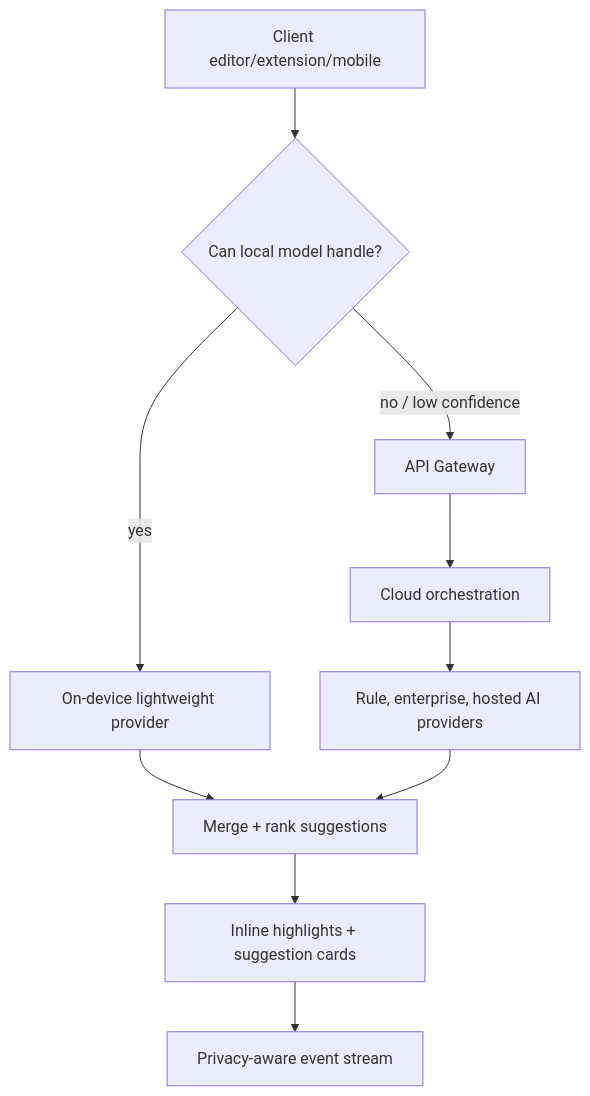
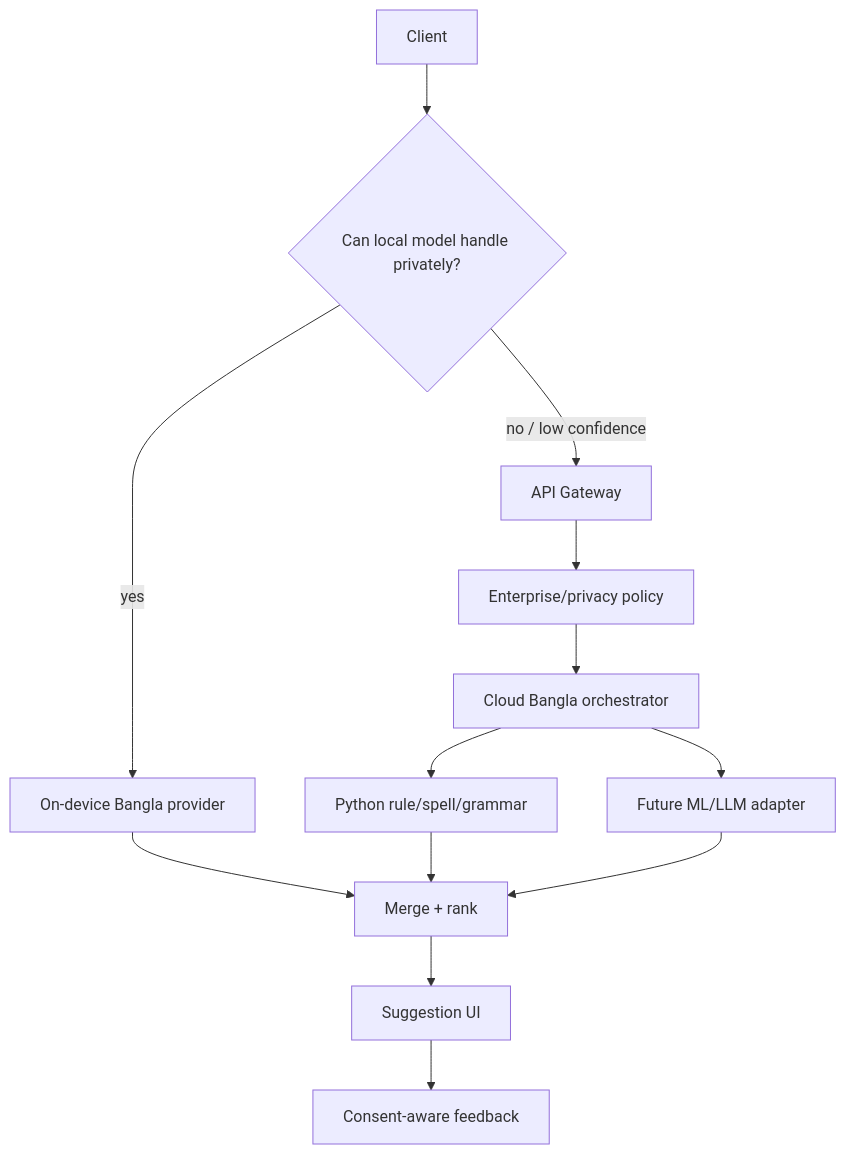
Before and after one commit to rumman52/Shuddho: the fifth of 5 diagrams in docs/ARCHITECTURE.md, drawn with Mermaid. The commit also changed other lines of this file and 42 other files, not shown here.

Commit message:
Integrate Bangla gateway architecture

````diff
--- a/docs/ARCHITECTURE.md
+++ b/docs/ARCHITECTURE.md
@@ -138,12 +95,15 @@
 ```mermaid
 flowchart TD
-  Client[Client editor/extension/mobile] --> LocalPolicy{Can local model handle?}
-  LocalPolicy -- yes --> OnDevice[On-device lightweight provider]
-  OnDevice --> Merge[Merge + rank suggestions]
-  LocalPolicy -- no / low confidence --> Edge[API Gateway]
-  Edge --> Cloud[Cloud orchestration]
-  Cloud --> Providers[Rule, enterprise, hosted AI providers]
-  Providers --> Merge
-  Merge --> UI[Inline highlights + suggestion cards]
-  UI --> Events[Privacy-aware event stream]
+  Client[Client] --> LocalPolicy{Can local model handle privately?}
+  LocalPolicy -- yes --> OnDevice[On-device Bangla provider]
+  LocalPolicy -- no / low confidence --> Gateway[API Gateway]
+  Gateway --> Policy[Enterprise/privacy policy]
+  Policy --> Cloud[Cloud Bangla orchestrator]
+  Cloud --> Python[Python rule/spell/grammar]
+  Cloud --> ML[Future ML/LLM adapter]
+  OnDevice --> Merge[Merge + rank]
+  Python --> Merge
+  ML --> Merge
+  Merge --> UI[Suggestion UI]
+  UI --> Events[Consent-aware feedback]
 ```
````
